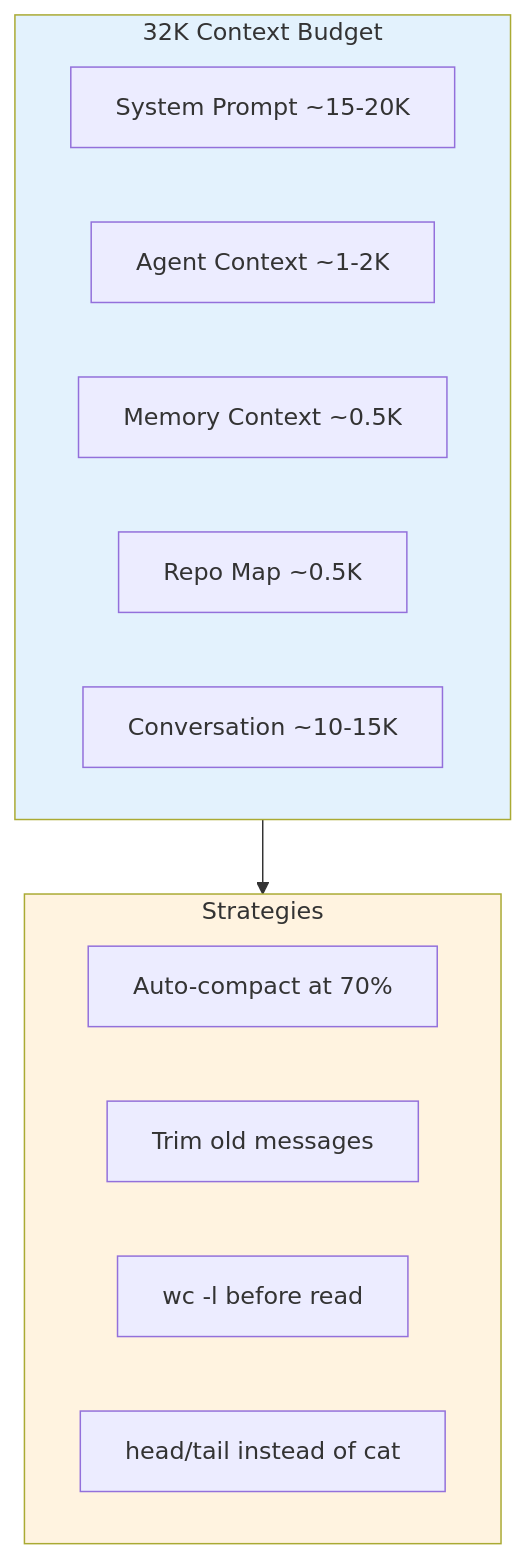
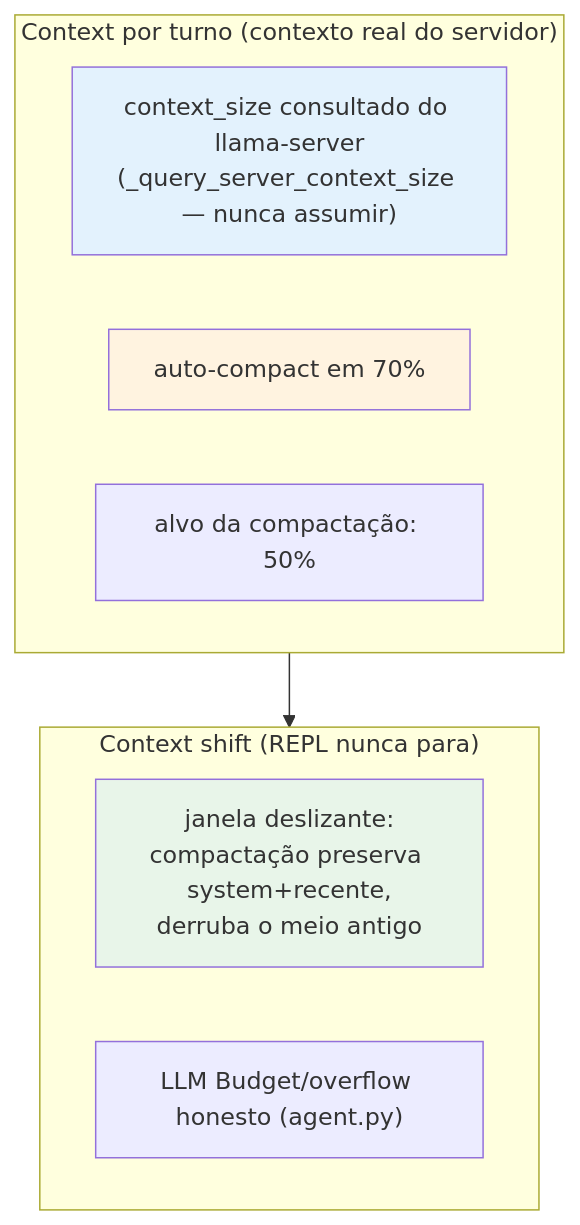
Before and after one commit to Kuchiriel/nixos-ai: the fifth of 5 diagrams in docs/architecture/agent-harness.md, drawn with Mermaid. The commit also changed other lines of this file and 1 other file, not shown here.

Commit message:
fix(config+docs): remove playwright MCP duplicado (jarvis ja traz browser) + agent-harness.md atualizada com o contexto real do REPL
playwright MCP standalone era redundante com o jarvis_browser do MCP
jarvis (mesma engine por baixo) — dois sets de tools de browser pagando
contexto duplicado. Removido do home-manager (fonte declarativa; o
~/.config/opencode/opencode.json é symlink read-only do store).

agent-harness.md: secao de contexto falava de um budget 32K fixo com
system prompt de 15-20K — era da era pre-context-shift. O REPL real:
context_size consultado DO SERVIDOR por turno (nunca assumido),
auto-compact em 70% com alvo 50%, janela deslizante — nunca para.
Adicionada a secao Turn Hooks (promise-catcher, claim-checker,
reopen-on-UNVERIFIED com o check de instrucao-nao-executada,
LoopDetector) — o que o fim de turno realmente desconfia antes de
aceitar 'pronto'.

````diff
--- a/docs/architecture/agent-harness.md
+++ b/docs/architecture/agent-harness.md
@@ -132,22 +132,21 @@
 ```mermaid
 flowchart TB
-    subgraph Budget["32K Context Budget"]
-        System["System Prompt ~15-20K"]
-        Agent["Agent Context ~1-2K"]
-        Memory["Memory Context ~0.5K"]
-        RepoMap["Repo Map ~0.5K"]
-        Conversation["Conversation ~10-15K"]
+    subgraph Turn["Context por turno (contexto real do servidor)"]
+        Server["context_size consultado do llama-server
+(_query_server_context_size — nunca assumir)"]
+        Compact["auto-compact em 70%"]
+        Target["alvo da compactação: 50%"]
     end
 
-    subgraph Strategies["Strategies"]
-        Compact["Auto-compact at 70%"]
-        Trim["Trim old messages"]
-        Probing["wc -l before read"]
-        HeadTail["head/tail instead of cat"]
+    subgraph Shift["Context shift (REPL nunca para)"]
+        Sliding["janela deslizante:
+compactação preserva system+recente,
+derruba o meio antigo"]
+        Budget["LLM Budget/overflow honesto (agent.py)"]
     end
 
-    Budget --> Strategies
-
-    style Budget fill:#e3f2fd
-    style Strategies fill:#fff3e0
+    Turn --> Shift
+    style Server fill:#e3f2fd
+    style Compact fill:#fff3e0
+    style Sliding fill:#e8f5e9
 ```
````
